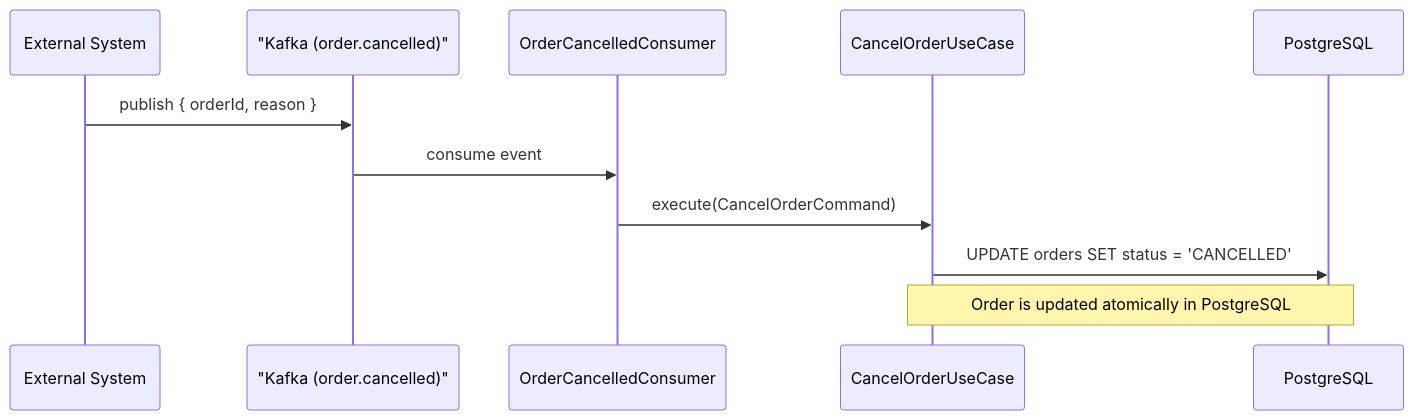
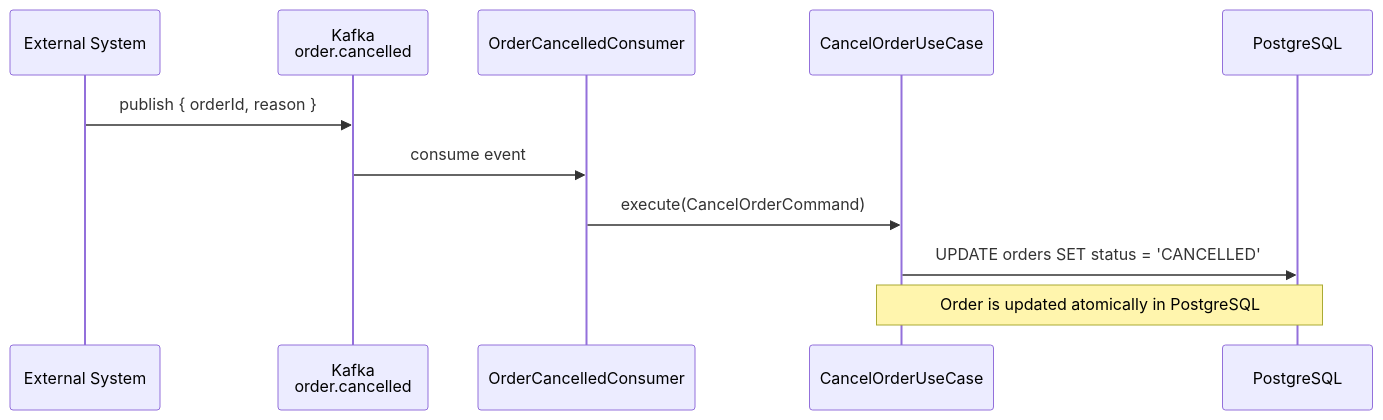
The fifth of 7 diagrams in README.md (andrelucasti/mars-enterprise-kit-lite), drawn with Mermaid before and after one commit. The commit also changed other lines of this file, not shown here.

First line of the commit message:
docs(readme): fix Mermaid sequence diagrams not rendering on GitHub

````diff
--- a/README.md
+++ b/README.md
@@ -503,14 +503,14 @@
 ```mermaid
 sequenceDiagram
     participant EXT as External System
-    participant K as "Kafka (order.cancelled)"
+    participant K as Kafka<br/>order.cancelled
     participant C as OrderCancelledConsumer
     participant UC as CancelOrderUseCase
     participant DB as PostgreSQL
 
     EXT->>K: publish { orderId, reason }
     K->>C: consume event
     C->>UC: execute(CancelOrderCommand)
     UC->>DB: UPDATE orders SET status = 'CANCELLED'
     Note over UC,DB: Order is updated atomically in PostgreSQL
 ```
````
